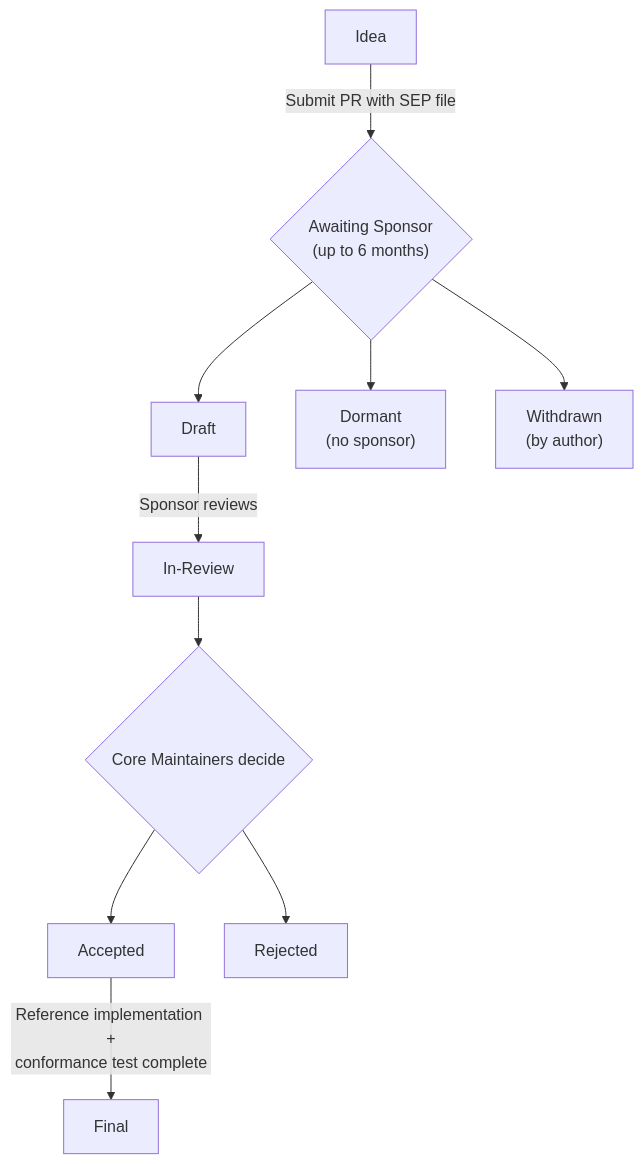
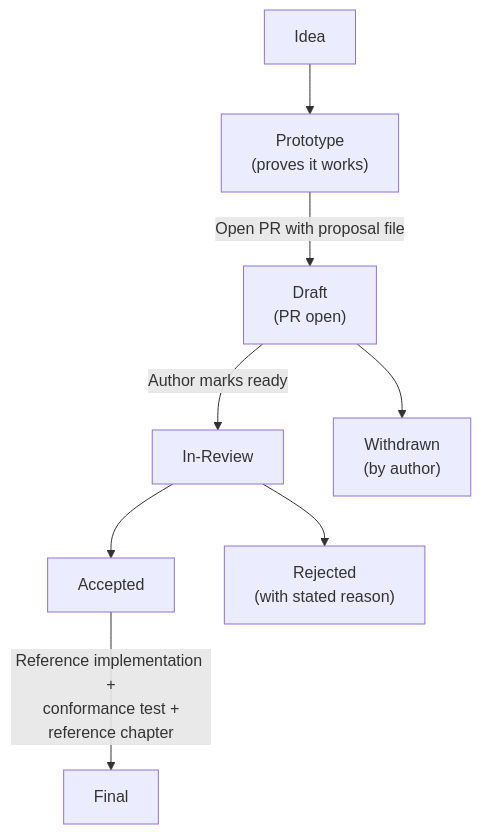
The diagram in docs/community/sep-guidelines.mdx (enclawed/omcp), drawn with Mermaid before and after one commit. The commit also changed other lines of this file and 116 other files, not shown here.

````diff
--- a/docs/community/sep-guidelines.mdx
+++ b/docs/community/sep-guidelines.mdx
@@ -47,23 +61,19 @@
 ```mermaid
 flowchart TD
     Idea["Idea"]
-    AwaitingSponsor{"Awaiting Sponsor<br/>(up to 6 months)"}
-    Draft["Draft"]
-    Dormant["Dormant<br/>(no sponsor)"]
+    Prototype["Prototype<br/>(proves it works)"]
+    Draft["Draft<br/>(PR open)"]
+    InReview["In-Review"]
     Withdrawn["Withdrawn<br/>(by author)"]
-    InReview["In-Review"]
-    Decision{"Core Maintainers decide"}
     Accepted["Accepted"]
-    Rejected["Rejected"]
+    Rejected["Rejected<br/>(with stated reason)"]
     Final["Final"]
 
-    Idea -->|"Submit PR with SEP file"| AwaitingSponsor
-    AwaitingSponsor --> Draft
-    AwaitingSponsor --> Dormant
-    AwaitingSponsor --> Withdrawn
-    Draft -->|"Sponsor reviews"| InReview
-    InReview --> Decision
-    Decision --> Accepted
-    Decision --> Rejected
-    Accepted -->|"Reference implementation +<br/>conformance test complete"| Final
+    Idea --> Prototype
+    Prototype -->|"Open PR with proposal file"| Draft
+    Draft -->|"Author marks ready"| InReview
+    Draft --> Withdrawn
+    InReview --> Accepted
+    InReview --> Rejected
+    Accepted -->|"Reference implementation +<br/>conformance test +<br/>reference chapter"| Final
 ```
````
